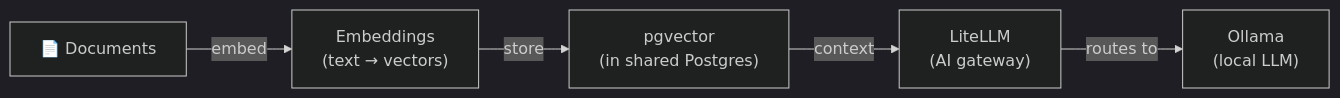
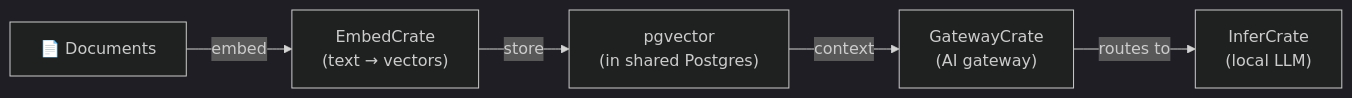
Before and after one commit to hwdsl2/self-hosted-ai-stack: the diagram in stacks/rag-pipeline/README.md, drawn with Mermaid (dark theme). The commit also changed other lines of this file and 47 other files, not shown here.

````diff
--- a/stacks/rag-pipeline/README.md
+++ b/stacks/rag-pipeline/README.md
@@ -17,7 +17,7 @@
 ```mermaid
 graph LR
-    D["📄 Documents"] -->|embed| E["Embeddings<br/>(text → vectors)"]
+    D["📄 Documents"] -->|embed| E["EmbedCrate<br/>(text → vectors)"]
     E -->|store| VDB["pgvector<br/>(in shared Postgres)"]
-    VDB -->|context| L["LiteLLM<br/>(AI gateway)"]
-    L -->|routes to| O["Ollama<br/>(local LLM)"]
+    VDB -->|context| L["GatewayCrate<br/>(AI gateway)"]
+    L -->|routes to| O["InferCrate<br/>(local LLM)"]
 ```
````
